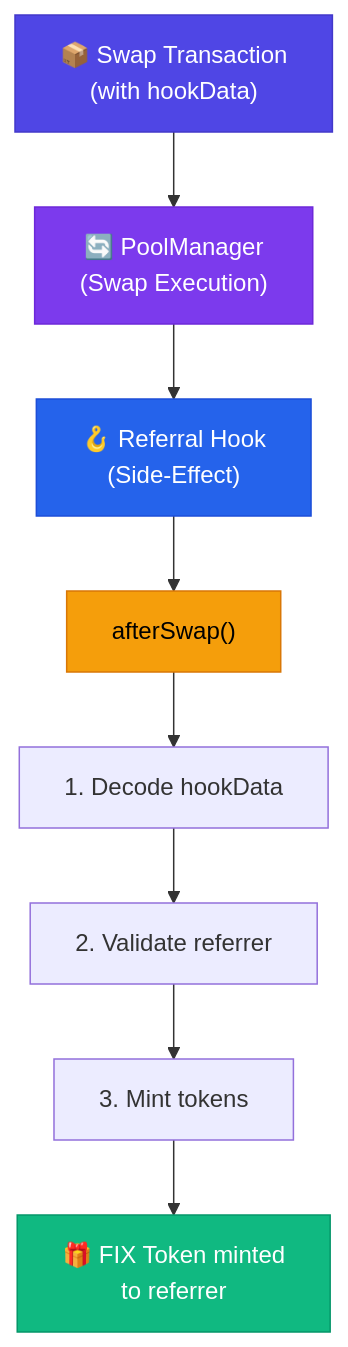
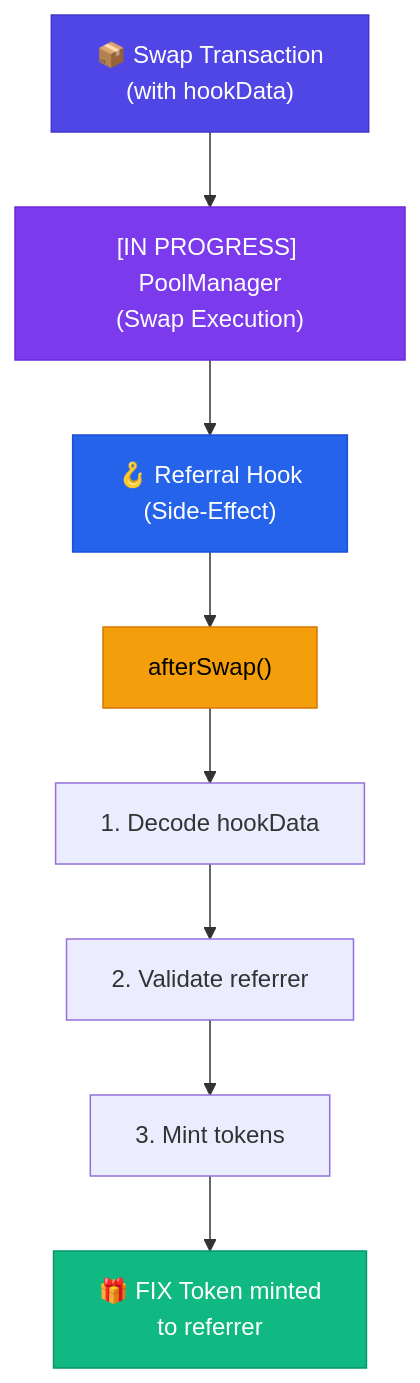
One commit to guglxni/the-fixer-hook changed the first of 12 diagrams in docs/SYSTEM_DESIGN.md. Above: the diagram before and after it, drawn with Mermaid. The commit also changed other lines of this file and 15 other files, not shown here.

````diff
--- a/docs/SYSTEM_DESIGN.md
+++ b/docs/SYSTEM_DESIGN.md
@@ -63,16 +63,16 @@
 ```mermaid
 flowchart TD
-    A["📦 Swap Transaction\n(with hookData)"] --> B["🔄 PoolManager\n(Swap Execution)"]
+    A["📦 Swap Transaction\n(with hookData)"] --> B["[IN PROGRESS] PoolManager\n(Swap Execution)"]
     B --> C["🪝 Referral Hook\n(Side-Effect)"]
     C --> D["afterSwap()"]
     D --> D1["1. Decode hookData"]
     D1 --> D2["2. Validate referrer"]
     D2 --> D3["3. Mint tokens"]
     D3 --> E["🎁 FIX Token minted\nto referrer"]
 
     style A fill:#4F46E5,color:#fff,stroke:#4338CA
     style B fill:#7C3AED,color:#fff,stroke:#6D28D9
     style C fill:#2563EB,color:#fff,stroke:#1D4ED8
     style D fill:#F59E0B,color:#000,stroke:#D97706
     style E fill:#10B981,color:#fff,stroke:#059669
 ```
````
